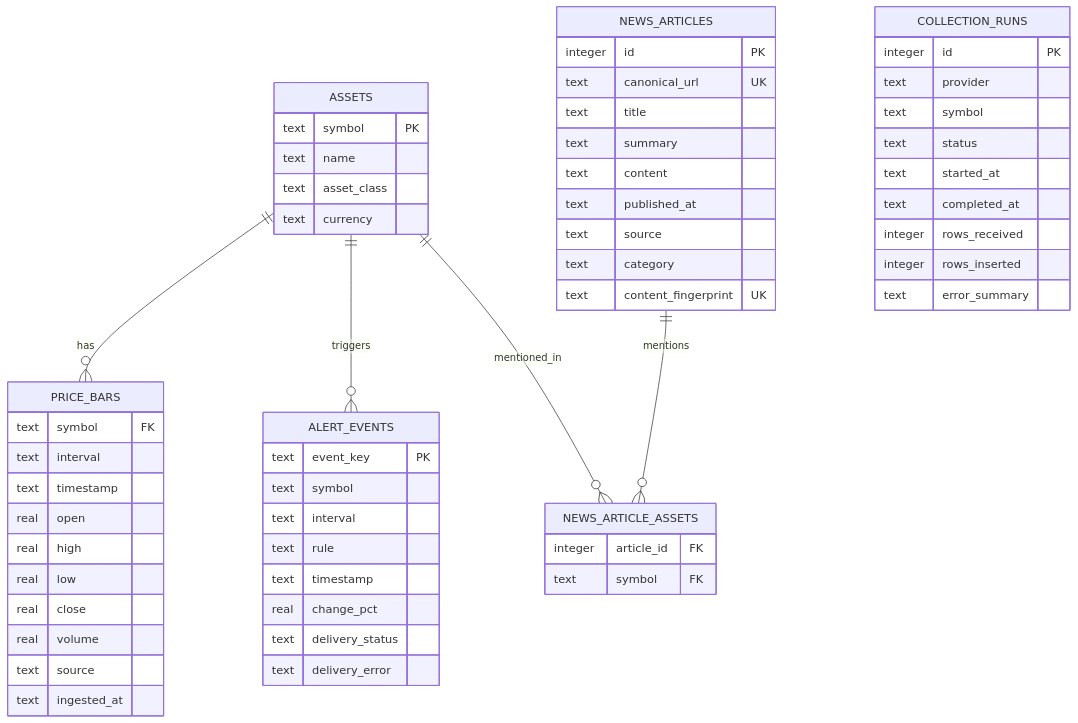
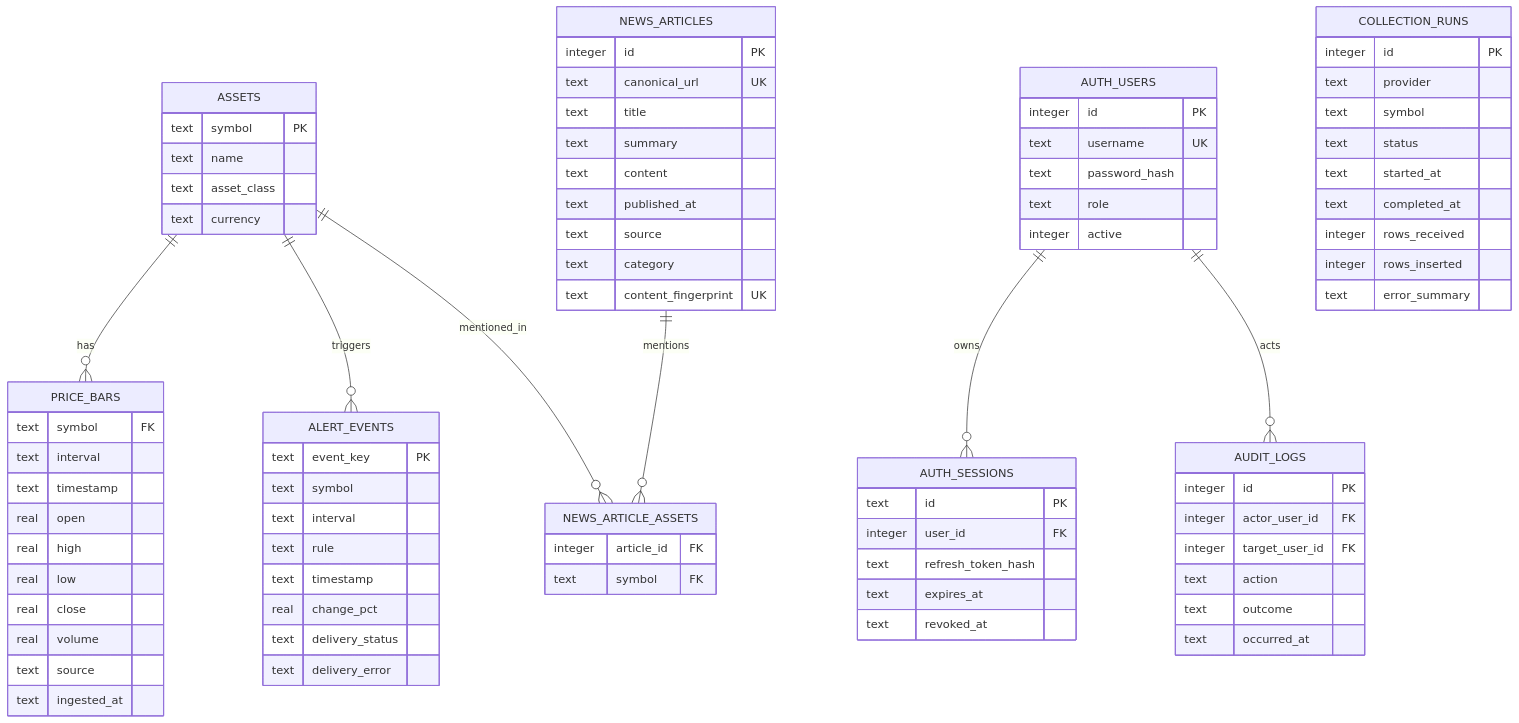
One commit to VoVanChung2508/market-intelligence changed the second of 2 diagrams in docs/ARCHITECTURE.md. Above: the diagram before and after it, drawn with Mermaid. The commit also changed other lines of this file and 23 other files, not shown here.

First line of the commit message:
feat: Implement authentication flow with session restoration and user management

````diff
--- a/docs/ARCHITECTURE.md
+++ b/docs/ARCHITECTURE.md
@@ -43,6 +49,8 @@
   ASSETS ||--o{ ALERT_EVENTS : triggers
   NEWS_ARTICLES ||--o{ NEWS_ARTICLE_ASSETS : mentions
   ASSETS ||--o{ NEWS_ARTICLE_ASSETS : mentioned_in
+  AUTH_USERS ||--o{ AUTH_SESSIONS : owns
+  AUTH_USERS ||--o{ AUDIT_LOGS : acts
   ASSETS {
     text symbol PK
     text name
@@ -97,4 +105,26 @@
     integer article_id FK
     text symbol FK
   }
+  AUTH_USERS {
+    integer id PK
+    text username UK
+    text password_hash
+    text role
+    integer active
+  }
+  AUTH_SESSIONS {
+    text id PK
+    integer user_id FK
+    text refresh_token_hash
+    text expires_at
+    text revoked_at
+  }
+  AUDIT_LOGS {
+    integer id PK
+    integer actor_user_id FK
+    integer target_user_id FK
+    text action
+    text outcome
+    text occurred_at
+  }
 ```
````
